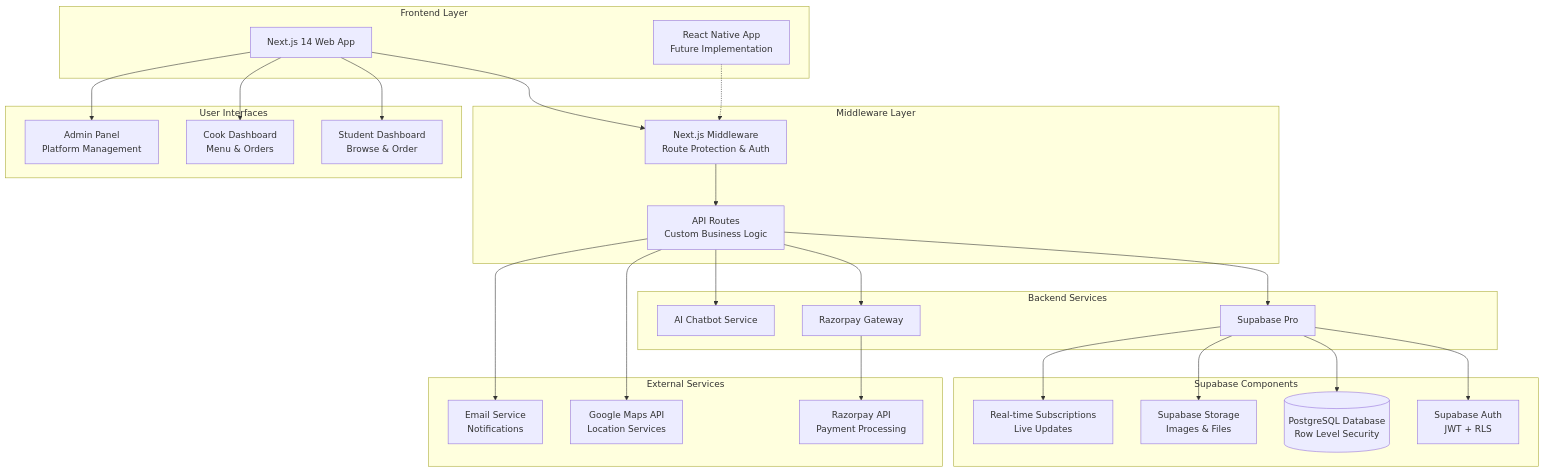
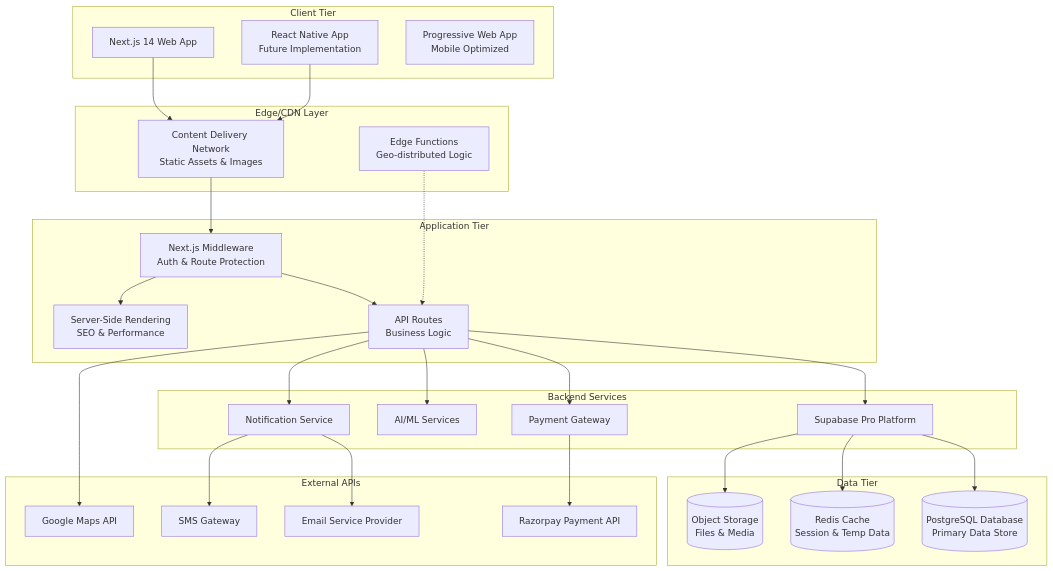
Before and after one commit to ArnavBallinCode/Diagram: the first of 14 diagrams in arch.md, drawn with Mermaid. The commit also changed other lines of this file, not shown here.

````diff
--- a/arch.md
+++ b/arch.md
@@ -9,58 +9,60 @@
 ```mermaid
 graph TB
-    subgraph "Frontend Layer"
+    subgraph "Client Tier"
         WEB[Next.js 14 Web App]
         MOBILE[React Native App<br/>Future Implementation]
+        PWA[Progressive Web App<br/>Mobile Optimized]
     end
     
-    subgraph "Middleware Layer"
-        MW[Next.js Middleware<br/>Route Protection & Auth]
-        API[API Routes<br/>Custom Business Logic]
+    subgraph "Edge/CDN Layer"
+        CDN[Content Delivery Network<br/>Static Assets & Images]
+        EDGE[Edge Functions<br/>Geo-distributed Logic]
+    end
+    
+    subgraph "Application Tier"
+        MW[Next.js Middleware<br/>Auth & Route Protection]
+        API[API Routes<br/>Business Logic]
+        SSR[Server-Side Rendering<br/>SEO & Performance]
     end
     
     subgraph "Backend Services"
-        SUPABASE[Supabase Pro]
-        PAYMENT[Razorpay Gateway]
-        AI[AI Chatbot Service]
+        SUPABASE[Supabase Pro Platform]
+        PAYMENT[Payment Gateway]
+        AI[AI/ML Services]
+        NOTIFY[Notification Service]
     end
     
-    subgraph "Supabase Components"
-        AUTH[Supabase Auth<br/>JWT + RLS]
-        DB[(PostgreSQL Database<br/>Row Level Security)]
-        STORAGE[Supabase Storage<br/>Images & Files]
-        REALTIME[Real-time Subscriptions<br/>Live Updates]
+    subgraph "Data Tier"
+        DB[(PostgreSQL Database<br/>Primary Data Store)]
+        CACHE[(Redis Cache<br/>Session & Temp Data)]
+        STORAGE[(Object Storage<br/>Files & Media)]
     end
     
-    subgraph "External Services"
-        RAZORPAY[Razorpay API<br/>Payment Processing]
-        MAPS[Google Maps API<br/>Location Services]
-        EMAIL[Email Service<br/>Notifications]
+    subgraph "External APIs"
+        RAZORPAY[Razorpay Payment API]
+        MAPS[Google Maps API]
+        EMAIL[Email Service Provider]
+        SMS[SMS Gateway]
     end
     
-    subgraph "User Interfaces"
-        STUDENT[Student Dashboard<br/>Browse & Order]
-        COOK[Cook Dashboard<br/>Menu & Orders]
-        ADMIN[Admin Panel<br/>Platform Management]
-    end
-    
-    WEB --> MW
+    WEB --> CDN
+    MOBILE --> CDN
+    CDN --> MW
     MW --> API
+    MW --> SSR
     API --> SUPABASE
-    SUPABASE --> AUTH
     SUPABASE --> DB
+    SUPABASE --> CACHE
     SUPABASE --> STORAGE
-    SUPABASE --> REALTIME
     
     API --> PAYMENT
+    API --> AI
+    API --> NOTIFY
+    
     PAYMENT --> RAZORPAY
+    API --> MAPS
+    NOTIFY --> EMAIL
+    NOTIFY --> SMS
     
-    WEB --> STUDENT
-    WEB --> COOK
-    WEB --> ADMIN
-    
-    API --> AI
-    API --> MAPS
-    API --> EMAIL
-    
-    MOBILE -.-> MW
+    EDGE -.-> API
 ```
````
